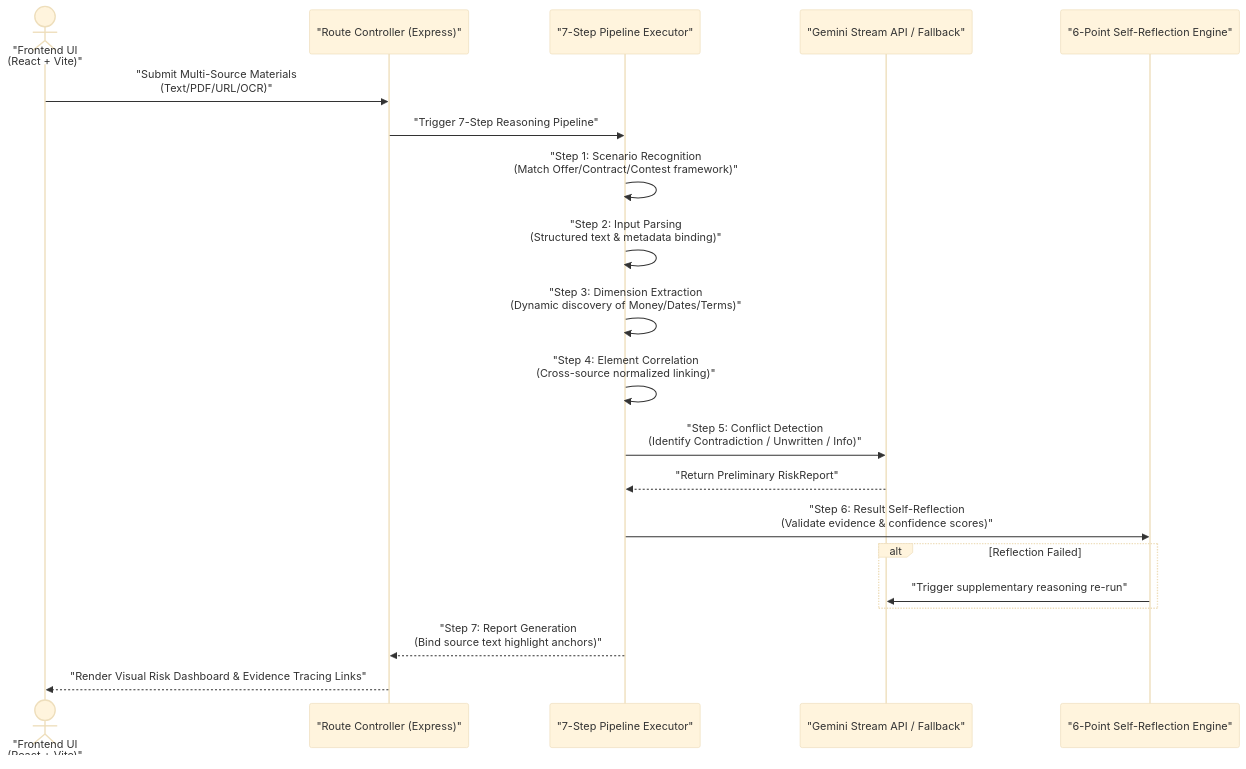
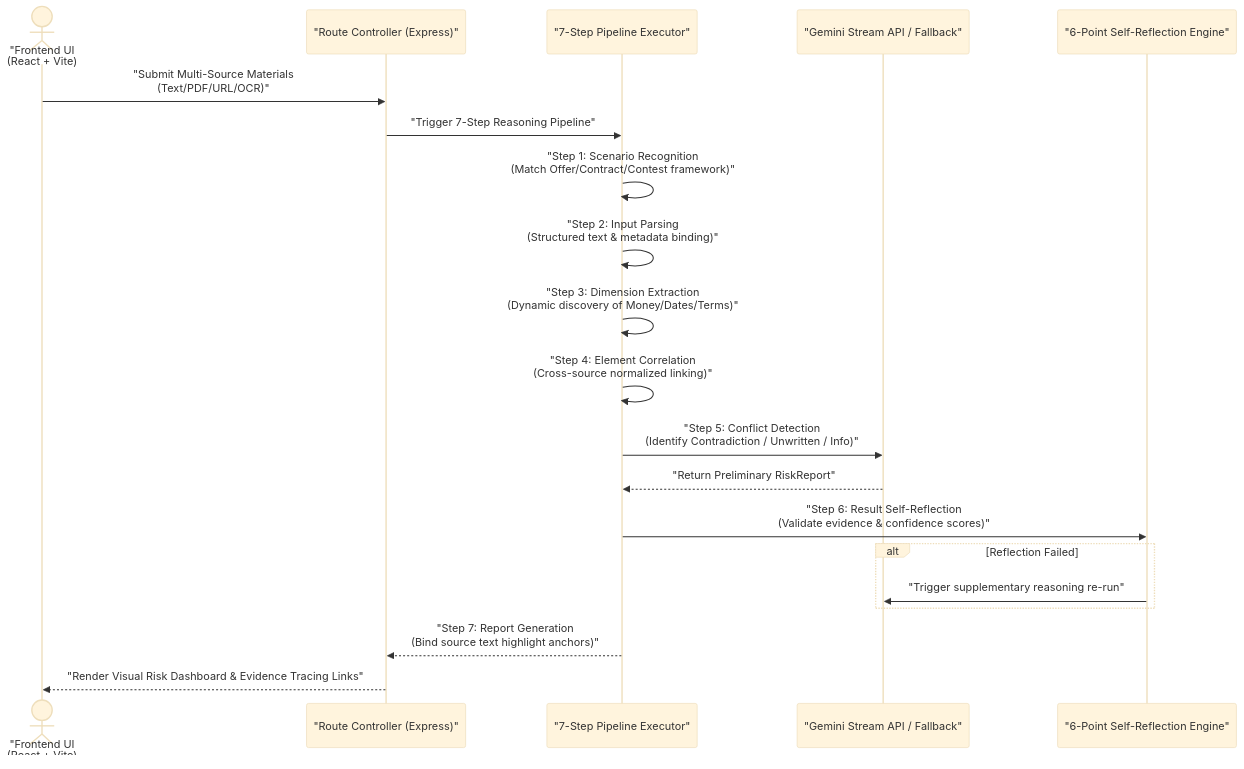
The second of 3 diagrams in README_EN.md (MeiSiristhebest/youju), drawn with Mermaid (base theme) before and after one commit. The commit also changed 1 other file, not shown here.

Commit message:
docs(readme): optimize zh + en versions; fix Mermaid, badges, TOC, add Security & Contributing chapters (readme-writer SOP)

````diff
--- a/README_EN.md
+++ b/README_EN.md
@@ -73,23 +73,23 @@
 ```mermaid
 sequenceDiagram
-    actor Client as "Frontend UI<br/>(React + Vite)"
+    actor Client as "Frontend UI<br/>(React + Vite)
     participant Server as "Route Controller (Express)"
     participant Pipeline as "7-Step Pipeline Executor"
     participant Gemini as "Gemini Stream API / Fallback"
     participant Verifier as "6-Point Self-Reflection Engine"
 
     Client->>Server: "Submit Multi-Source Materials<br/>(Text/PDF/URL/OCR)"
     Server->>Pipeline: "Trigger 7-Step Reasoning Pipeline"
     Pipeline->>Pipeline: "Step 1: Scenario Recognition<br/>(Match Offer/Contract/Contest framework)"
     Pipeline->>Pipeline: "Step 2: Input Parsing<br/>(Structured text & metadata binding)"
     Pipeline->>Pipeline: "Step 3: Dimension Extraction<br/>(Dynamic discovery of Money/Dates/Terms)"
     Pipeline->>Pipeline: "Step 4: Element Correlation<br/>(Cross-source normalized linking)"
     Pipeline->>Gemini: "Step 5: Conflict Detection<br/>(Identify Contradiction / Unwritten / Info)"
     Gemini-->>Pipeline: "Return Preliminary RiskReport"
     Pipeline->>Verifier: "Step 6: Result Self-Reflection<br/>(Validate evidence & confidence scores)"
     alt Reflection Failed
         Verifier->>Gemini: "Trigger supplementary reasoning re-run"
     end
     Pipeline-->>Server: "Step 7: Report Generation<br/>(Bind source text highlight anchors)"
     Server-->>Client: "Render Visual Risk Dashboard & Evidence Tracing Links"
 ```
````
